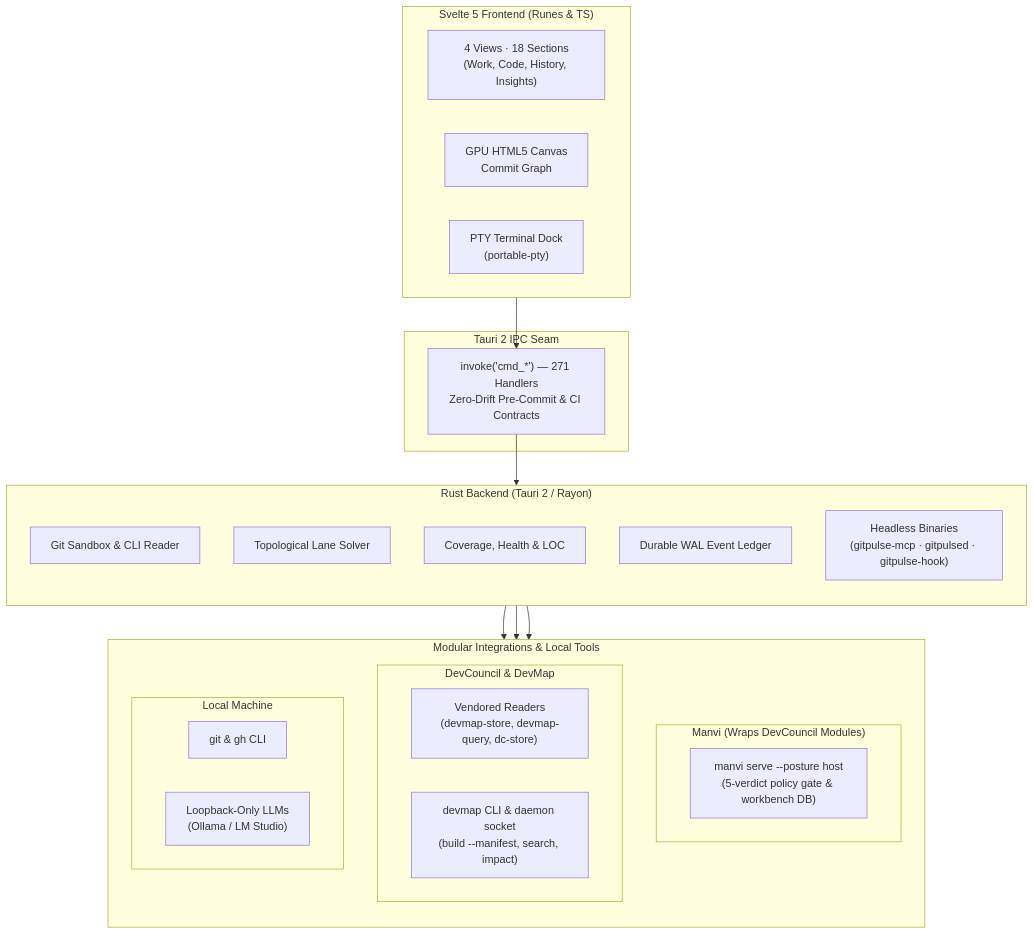
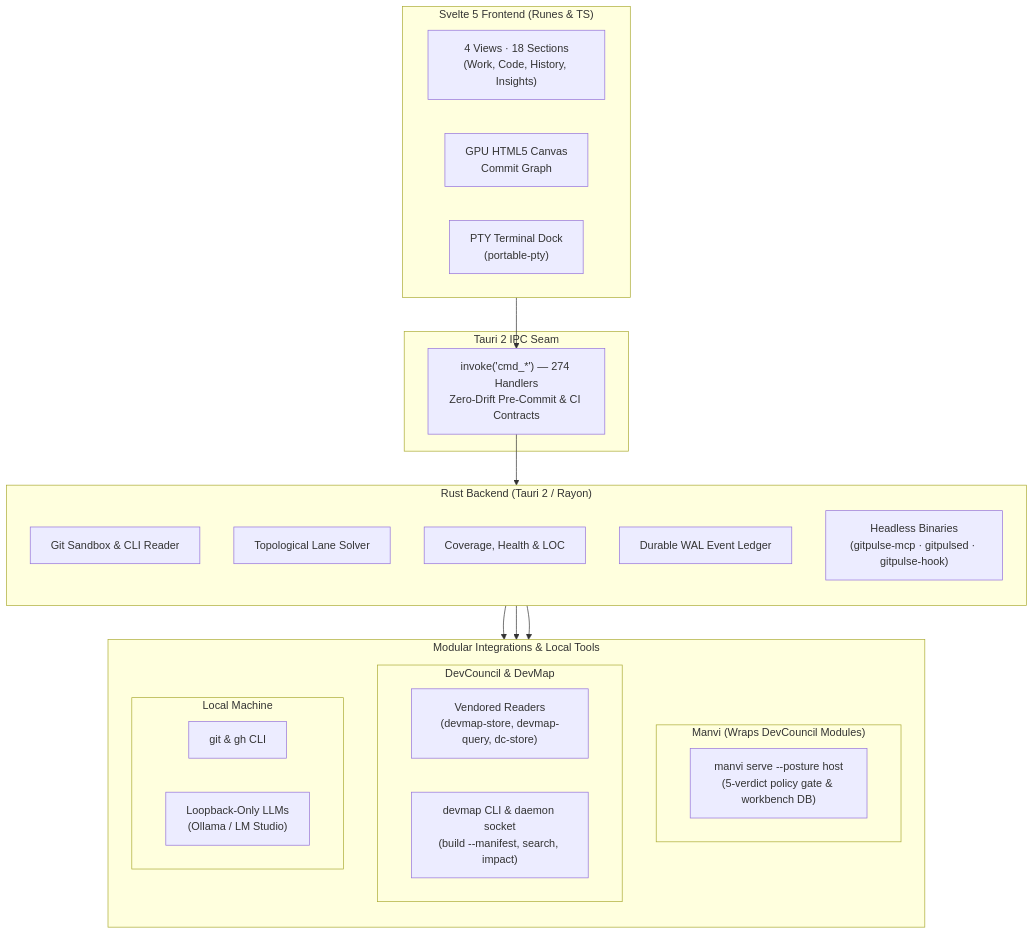
The diagram in README.md (bharathvbcr/GitPulse), drawn with Mermaid before and after one commit. The commit also changed 16 other files, not shown here.

````diff
--- a/README.md
+++ b/README.md
@@ -123,43 +123,43 @@
 ```mermaid
 flowchart TB
     subgraph Frontend["Svelte 5 Frontend (Runes & TS)"]
         direction LR
         Views["4 Views · 18 Sections<br/>(Work, Code, History, Insights)"]
         Canvas["GPU HTML5 Canvas<br/>Commit Graph"]
         TerminalDock["PTY Terminal Dock<br/>(portable-pty)"]
     end
 
     subgraph IPC["Tauri 2 IPC Seam"]
-        Bridge["invoke('cmd_*') — 271 Handlers<br/>Zero-Drift Pre-Commit & CI Contracts"]
+        Bridge["invoke('cmd_*') — 274 Handlers<br/>Zero-Drift Pre-Commit & CI Contracts"]
     end
 
     subgraph Backend["Rust Backend (Tauri 2 / Rayon)"]
         direction TB
         GitEngine["Git Sandbox & CLI Reader"]
         LaneSolver["Topological Lane Solver"]
         Analyzers["Coverage, Health & LOC"]
         Ledger["Durable WAL Event Ledger"]
         Headless["Headless Binaries<br/>(gitpulse-mcp · gitpulsed · gitpulse-hook)"]
     end
 
     subgraph Integrations["Modular Integrations & Local Tools"]
         direction TB
         subgraph ManviWrap["Manvi (Wraps DevCouncil Modules)"]
             ManviSidecar["manvi serve --posture host<br/>(5-verdict policy gate & workbench DB)"]
         end
         subgraph DevCouncilMods["DevCouncil & DevMap"]
             Vendored["Vendored Readers<br/>(devmap-store, devmap-query, dc-store)"]
             DevMapCLI["devmap CLI & daemon socket<br/>(build --manifest, search, impact)"]
         end
         subgraph LocalTools["Local Machine"]
             CLI["git & gh CLI"]
             LocalLLM["Loopback-Only LLMs<br/>(Ollama / LM Studio)"]
         end
     end
 
     Frontend --> Bridge
     Bridge --> Backend
     Backend --> ManviWrap
     Backend --> DevCouncilMods
     Backend --> LocalTools
 ```
````
